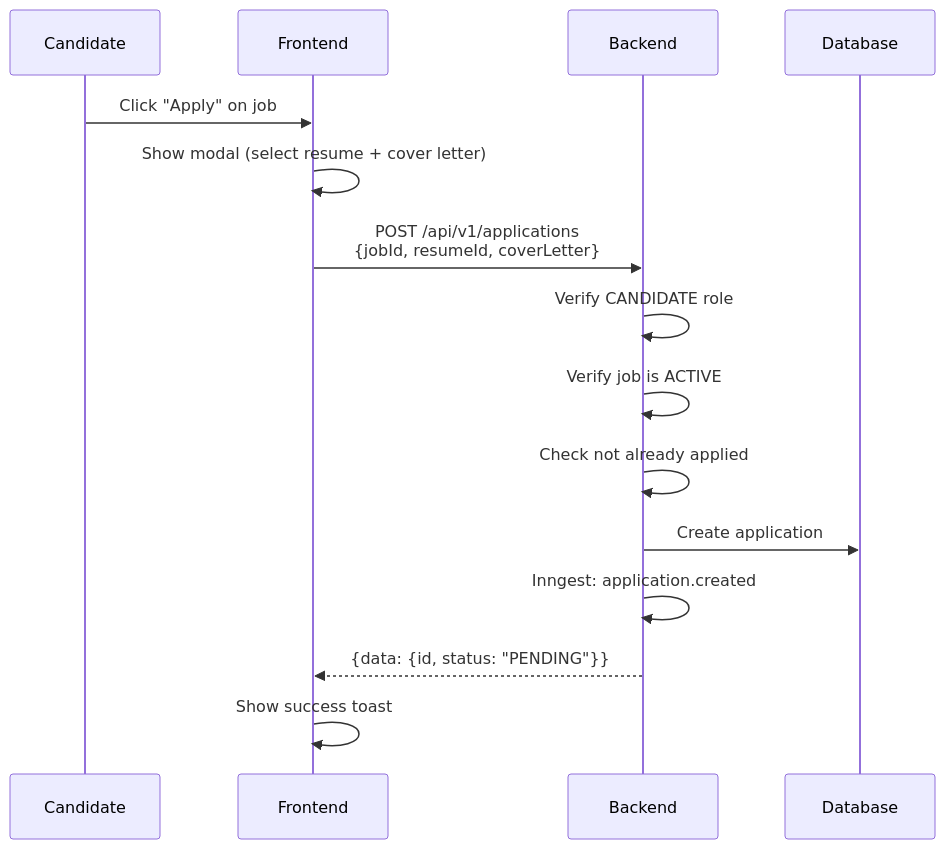
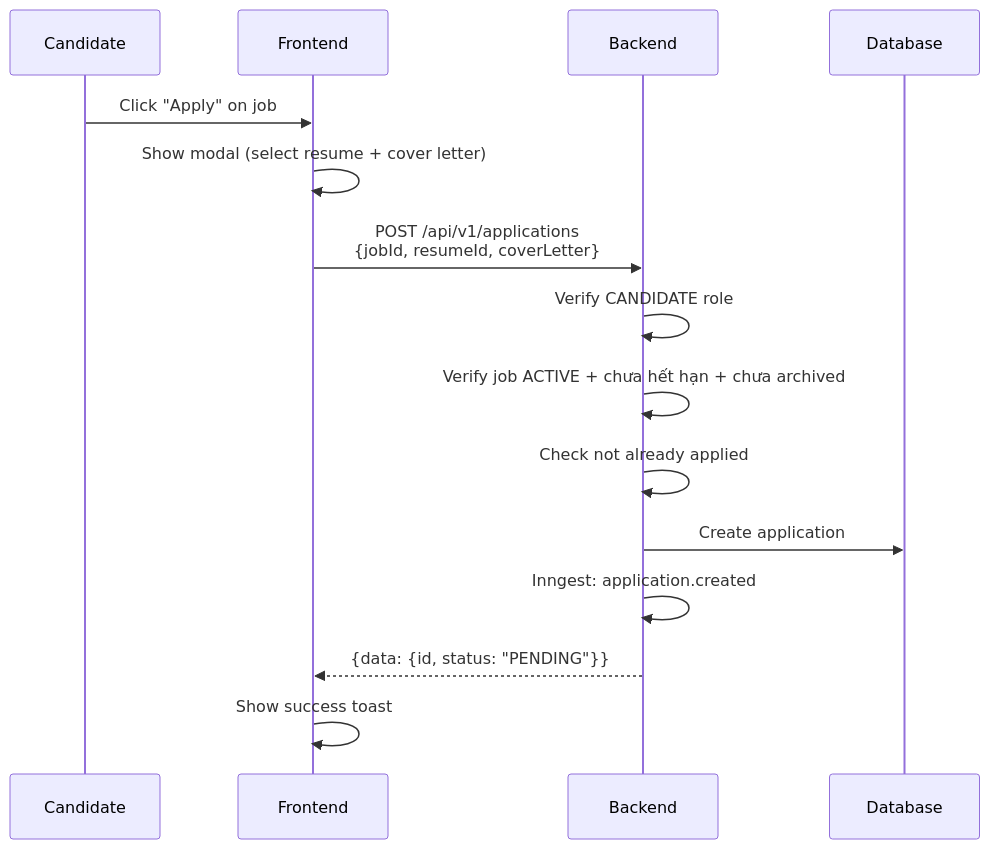
Diagram 11 of 28 in TEAM_FE_DOCUMENT.md (Hieuej147/job-PhuQuoc), drawn with Mermaid before and after one commit. The commit also changed other lines of this file and 60 other files, not shown here.

````diff
--- a/TEAM_FE_DOCUMENT.md
+++ b/TEAM_FE_DOCUMENT.md
@@ -539,18 +551,18 @@
 ```mermaid
 sequenceDiagram
     participant C as Candidate
     participant FE as Frontend
     participant BE as Backend
     participant DB as Database
 
     C->>FE: Click "Apply" on job
     FE->>FE: Show modal (select resume + cover letter)
     FE->>BE: POST /api/v1/applications<br/>{jobId, resumeId, coverLetter}
     BE->>BE: Verify CANDIDATE role
-    BE->>BE: Verify job is ACTIVE
+    BE->>BE: Verify job ACTIVE + chưa hết hạn + chưa archived
     BE->>BE: Check not already applied
     BE->>DB: Create application
     BE->>BE: Inngest: application.created
     BE-->>FE: {data: {id, status: "PENDING"}}
     FE->>FE: Show success toast
 ```
````
